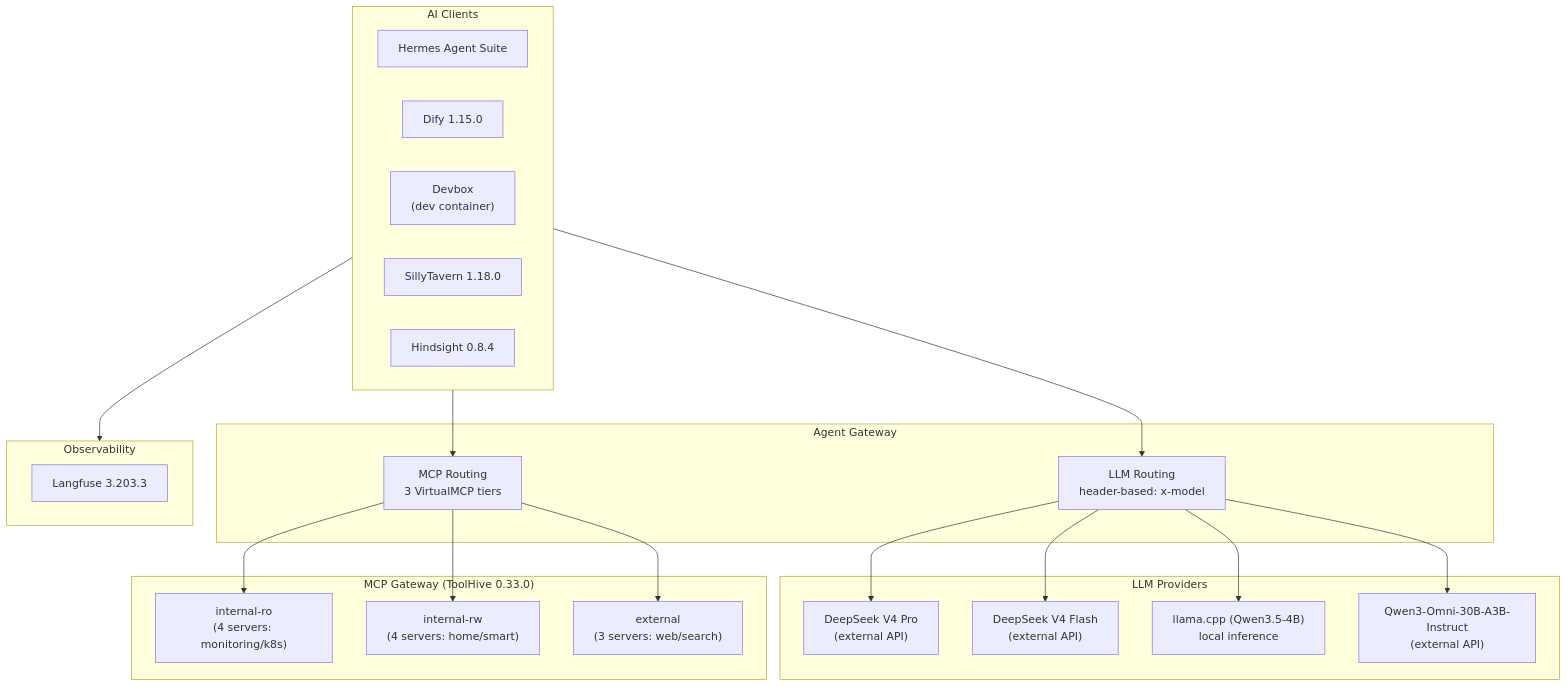
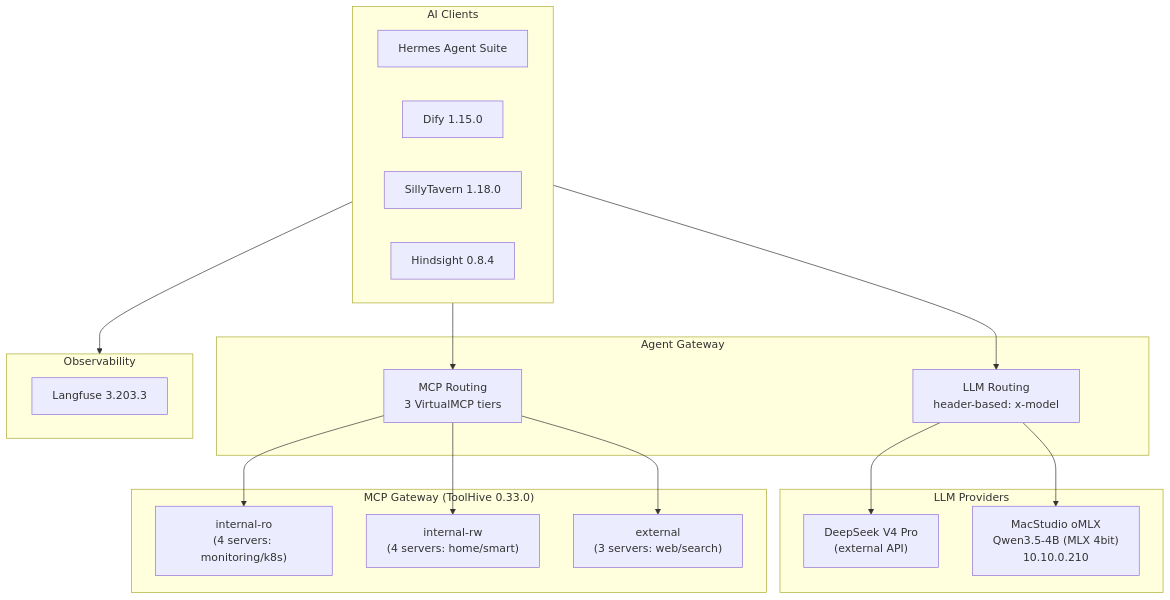
Before and after one commit to soulwhisper/homelab-ops: the diagram in docs/application/ai.md, drawn with Mermaid. The commit also changed other lines of this file and 3 other files, not shown here.

First line of the commit message:
docs: update AI infra docs for MacStudio architecture

````diff
--- a/docs/application/ai.md
+++ b/docs/application/ai.md
@@ -8,43 +8,38 @@
 ```mermaid
 flowchart TB
     subgraph Clients["AI Clients"]
         Hermes["Hermes Agent Suite"]
         Dify["Dify 1.15.0"]
-        Devbox["Devbox<br/>(dev container)"]
         ST["SillyTavern 1.18.0"]
         HS["Hindsight 0.8.4"]
     end
 
     subgraph Gateway["Agent Gateway"]
         AG-LLM["LLM Routing<br/>header-based: x-model"]
         AG-MCP["MCP Routing<br/>3 VirtualMCP tiers"]
     end
 
     subgraph LLM["LLM Providers"]
         DS-Complex["DeepSeek V4 Pro<br/>(external API)"]
-        DS-Fast["DeepSeek V4 Flash<br/>(external API)"]
-        Local["llama.cpp (Qwen3.5-4B)<br/>local inference"]
-        SF-Omni["Qwen3-Omni-30B-A3B-Instruct<br/>(external API)"]
+        Studio["MacStudio oMLX<br/>Qwen3.5-4B (MLX 4bit)<br/>10.10.0.210"]
     end
 
     subgraph MCP["MCP Gateway (ToolHive 0.33.0)"]
         VMCP-RO["internal-ro<br/>(4 servers: monitoring/k8s)"]
         VMCP-RW["internal-rw<br/>(4 servers: home/smart)"]
         VMCP-EXT["external<br/>(3 servers: web/search)"]
     end
 
     subgraph Obs["Observability"]
         Langfuse["Langfuse 3.203.3"]
     end
 
     Clients --> AG-LLM
     Clients --> AG-MCP
     AG-LLM --> DS-Complex
-    AG-LLM --> DS-Fast
-    AG-LLM --> Local
-    AG-LLM --> SF-Omni
+    AG-LLM --> Studio
     AG-MCP --> VMCP-RO
     AG-MCP --> VMCP-RW
     AG-MCP --> VMCP-EXT
     Clients --> Obs
 ```
````
